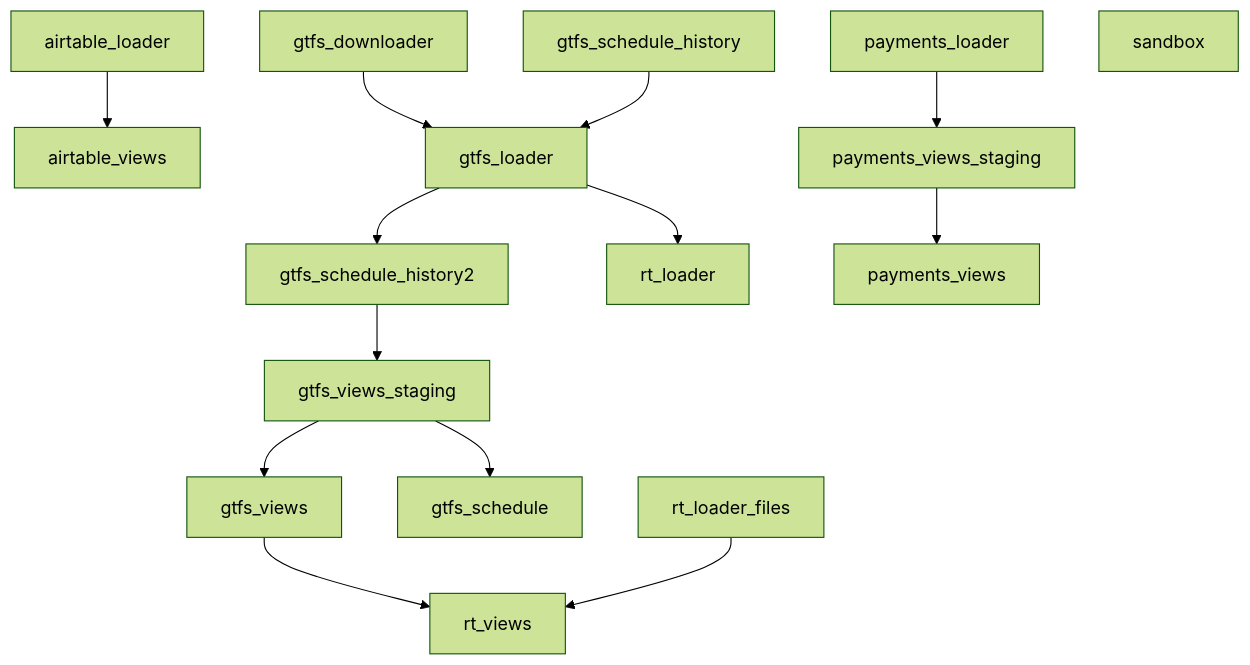
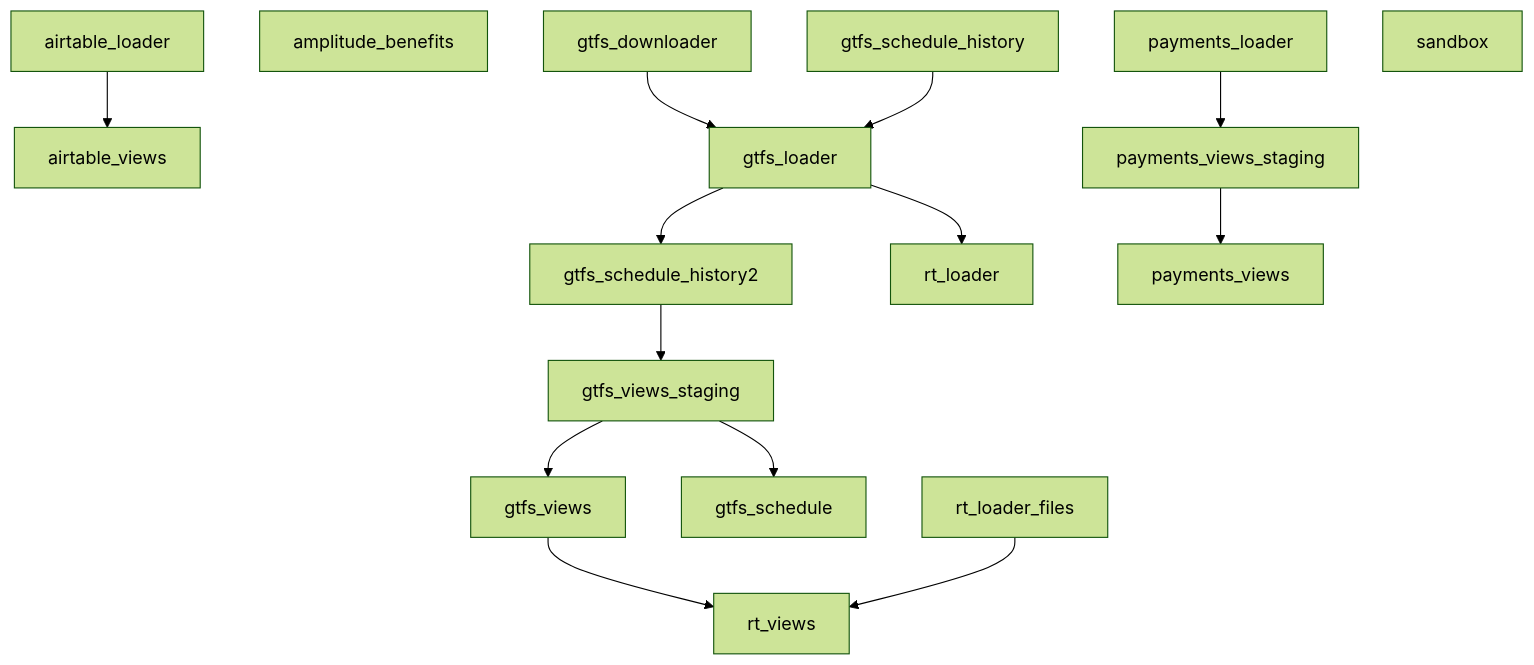
One commit to cal-itp/data-infra changed the diagram in docs/airflow/production-maintenance.md. Above: the diagram before and after it, drawn with Mermaid (forest theme).

Commit message:
docs: add amplitude_benefits to diagram per review

````diff
--- a/docs/airflow/production-maintenance.md
+++ b/docs/airflow/production-maintenance.md
@@ -51,16 +51,17 @@
 ```{mermaid}
   graph TD;
       airtable_loader-->airtable_views;
+      amplitude_benefits;
       gtfs_downloader-->gtfs_loader;
       gtfs_schedule_history-->gtfs_loader;
       gtfs_loader-->gtfs_schedule_history2;
       gtfs_schedule_history2-->gtfs_views_staging;
       gtfs_views_staging-->gtfs_views;
       gtfs_views_staging-->gtfs_schedule;
       payments_loader-->payments_views_staging;
       payments_views_staging-->payments_views;
       gtfs_loader-->rt_loader;
       rt_loader_files-->rt_views;
       gtfs_views-->rt_views;
       sandbox;
 ```
````
